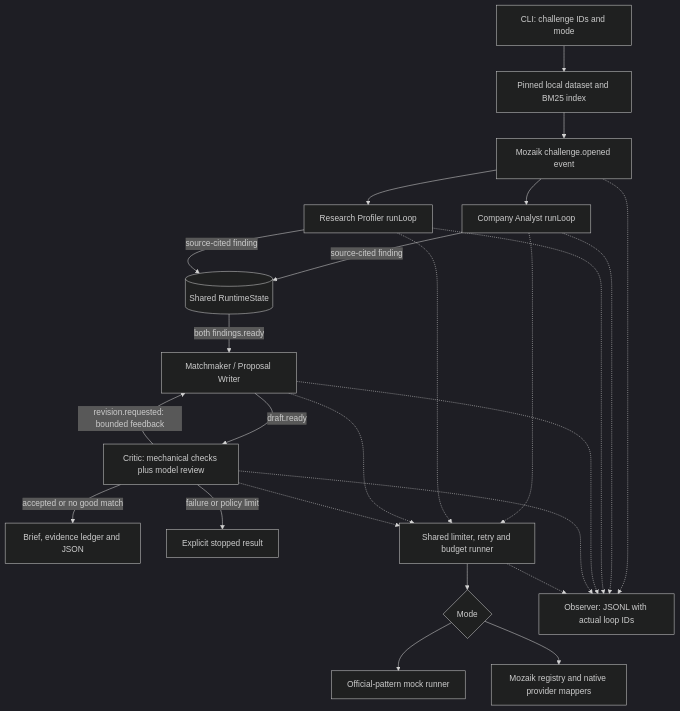
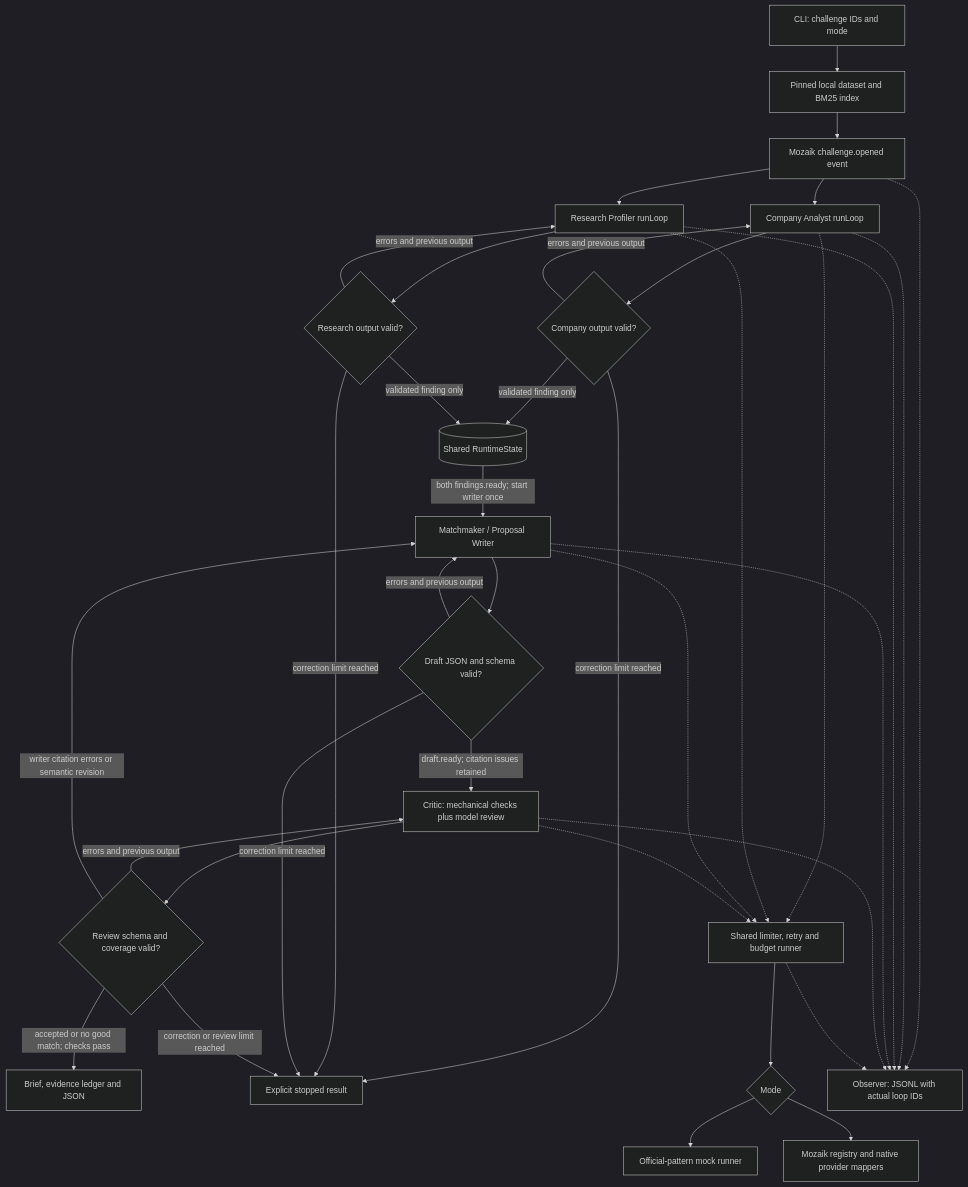
Before and after one commit to Driedsandwich/evidence-to-pilot: the diagram in README.md, drawn with Mermaid (dark theme). The commit also changed other lines of this file and 56 other files, not shown here.

````diff
--- a/README.md
+++ b/README.md
@@ -59,27 +76,38 @@
 ```mermaid
 flowchart TD
     CLI[CLI: challenge IDs and mode] --> DATA[Pinned local dataset and BM25 index]
     DATA --> OPEN[Mozaik challenge.opened event]
     OPEN --> A[Company Analyst runLoop]
     OPEN --> B[Research Profiler runLoop]
-    A -->|source-cited finding| STATE[(Shared RuntimeState)]
-    B -->|source-cited finding| STATE
-    STATE -->|both findings.ready| W[Matchmaker / Proposal Writer]
-    W -->|draft.ready| C[Critic: mechanical checks plus model review]
-    C -->|revision.requested: bounded feedback| W
-    C -->|accepted or no good match| OUT[Brief, evidence ledger and JSON]
-    C -->|failure or policy limit| STOP[Explicit stopped result]
+    A --> AV{Company output valid?}
+    AV -->|errors and previous output| A
+    B --> BV{Research output valid?}
+    BV -->|errors and previous output| B
+    AV -->|validated finding only| STATE[(Shared RuntimeState)]
+    BV -->|validated finding only| STATE
+    STATE -->|both findings.ready; start writer once| W[Matchmaker / Proposal Writer]
+    W --> WV{Draft JSON and schema valid?}
+    WV -->|errors and previous output| W
+    WV -->|draft.ready; citation issues retained| C[Critic: mechanical checks plus model review]
+    C --> CV{Review schema and coverage valid?}
+    CV -->|errors and previous output| C
+    CV -->|writer citation errors or semantic revision| W
+    CV -->|accepted or no good match; checks pass| OUT[Brief, evidence ledger and JSON]
+    AV -->|correction limit reached| STOP[Explicit stopped result]
+    BV -->|correction limit reached| STOP
+    WV -->|correction limit reached| STOP
+    CV -->|correction or review limit reached| STOP
     A -.-> R[Shared limiter, retry and budget runner]
     B -.-> R
     W -.-> R
     C -.-> R
     R --> MODE{Mode}
     MODE --> MOCK[Official-pattern mock runner]
     MODE --> LIVE[Mozaik registry and native provider mappers]
     OPEN -.-> TRACE[Observer: JSONL with actual loop IDs]
     A -.-> TRACE
     B -.-> TRACE
     W -.-> TRACE
     C -.-> TRACE
     R -.-> TRACE
 ```
````
